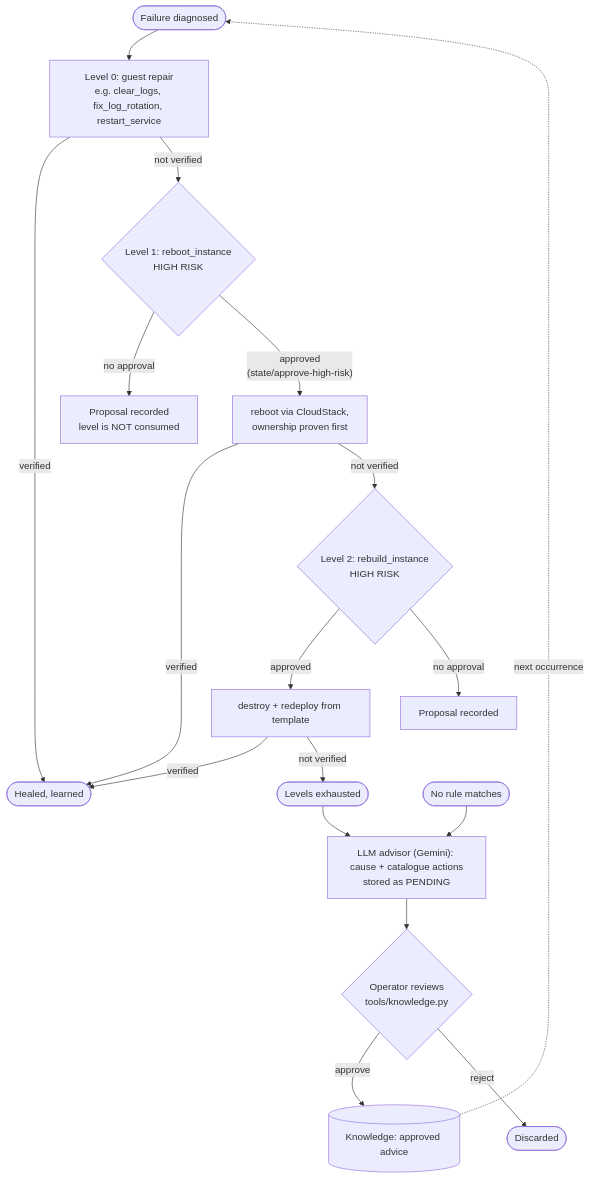
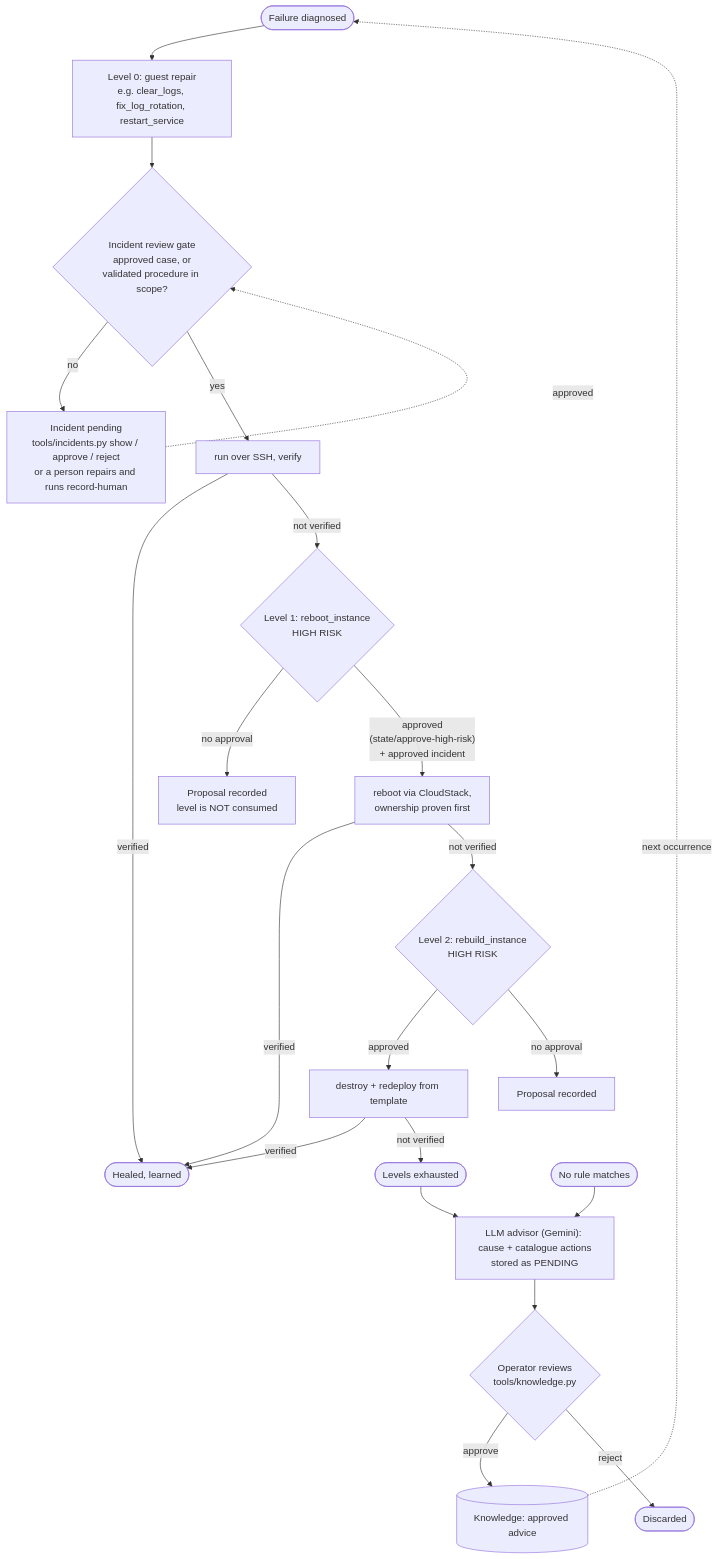
One commit to TusharShingrani/Self-healing-infrastructure changed the eighth of 11 diagrams in docs/architecture.md. Above: the diagram before and after it, drawn with Mermaid. The commit also changed other lines of this file and 11 other files, not shown here.

First line of the commit message:
Bring docs and diagrams in line with the reviewed two-loop setup

````diff
--- a/docs/architecture.md
+++ b/docs/architecture.md
@@ -232,20 +284,24 @@
 ```mermaid
 flowchart TB
     start(["Failure diagnosed"]) --> L0["Level 0: guest repair<br/>e.g. clear_logs, fix_log_rotation, restart_service"]
-    L0 -- verified --> done(["Healed, learned"])
-    L0 -- not verified --> L1{"Level 1: reboot_instance<br/>HIGH RISK"}
+    L0 --> gate{"Incident review gate<br/>approved case, or<br/>validated procedure in scope?"}
+    gate -- "no" --> wait["Incident pending<br/>tools/incidents.py show / approve / reject<br/>or a person repairs and runs record-human"]
+    wait -. "approved" .-> gate
+    gate -- "yes" --> run0["run over SSH, verify"]
+    run0 -- verified --> done(["Healed, learned"])
+    run0 -- not verified --> L1{"Level 1: reboot_instance<br/>HIGH RISK"}
     L1 -- "no approval" --> prop1["Proposal recorded<br/>level is NOT consumed"]
-    L1 -- "approved<br/>(state/approve-high-risk)" --> r1["reboot via CloudStack,<br/>ownership proven first"]
+    L1 -- "approved<br/>(state/approve-high-risk)<br/>+ approved incident" --> r1["reboot via CloudStack,<br/>ownership proven first"]
     r1 -- verified --> done
     r1 -- not verified --> L2{"Level 2: rebuild_instance<br/>HIGH RISK"}
     L2 -- approved --> r2["destroy + redeploy from template"]
     r2 -- verified --> done
     r2 -- not verified --> stuck(["Levels exhausted"])
     L2 -- "no approval" --> prop2["Proposal recorded"]
     stuck --> adv["LLM advisor (Gemini): cause + catalogue actions<br/>stored as PENDING"]
     nomatch(["No rule matches"]) --> adv
     adv --> human{"Operator reviews<br/>tools/knowledge.py"}
     human -- approve --> kb[("Knowledge: approved advice")]
     human -- reject --> x(["Discarded"])
     kb -. "next occurrence" .-> start
 ```
````
